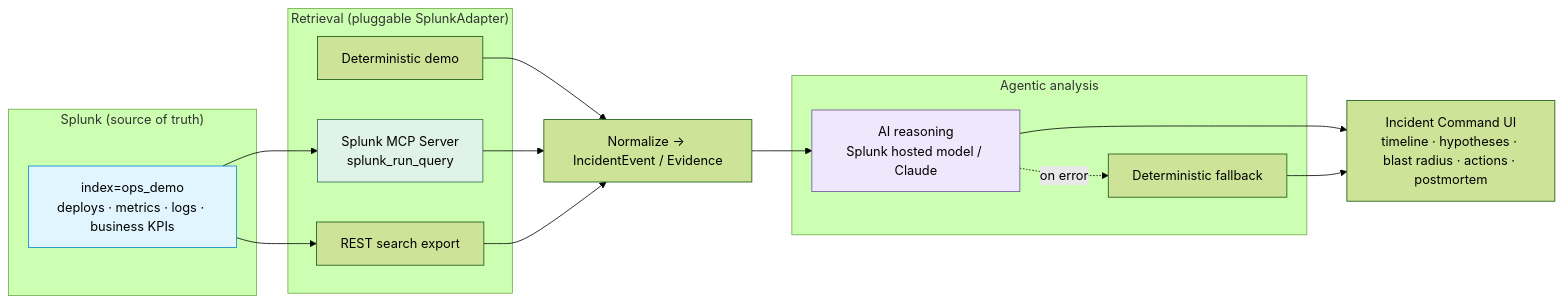
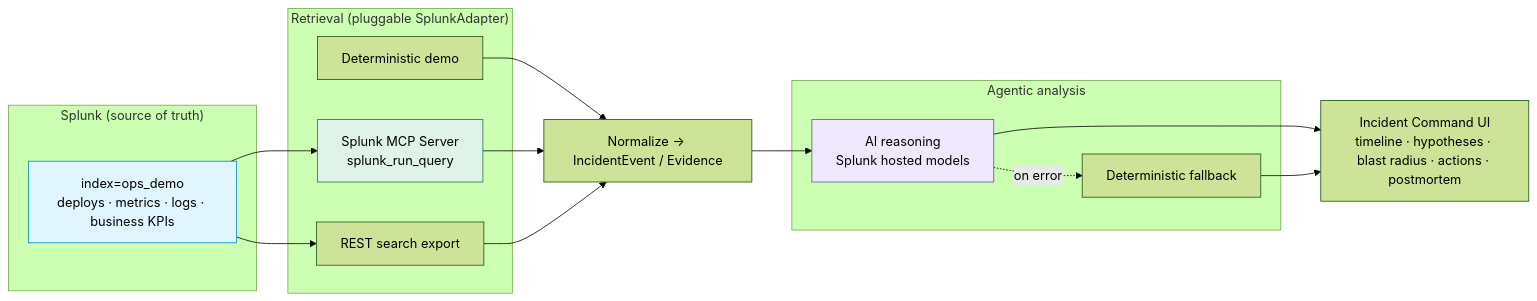
The diagram in README.md (Sai-Krishna99/splunk-ops-flight-recorder), drawn with Mermaid (forest theme) before and after one commit. The commit also changed other lines of this file and 1 other file, not shown here.

````diff
--- a/README.md
+++ b/README.md
@@ -47,30 +46,30 @@
 ```mermaid
 flowchart LR
     subgraph SP["Splunk (source of truth)"]
         IDX["index=ops_demo<br/>deploys · metrics · logs · business KPIs"]
     end
     subgraph RET["Retrieval (pluggable SplunkAdapter)"]
         MCP["Splunk MCP Server<br/>splunk_run_query"]
         REST["REST search export"]
         DEMO["Deterministic demo"]
     end
     NORM["Normalize → IncidentEvent / Evidence"]
     subgraph AGENT["Agentic analysis"]
-        AI["AI reasoning<br/>Splunk hosted model / Claude"]
+        AI["AI reasoning<br/>Splunk hosted models"]
         DET["Deterministic fallback"]
     end
     UI["Incident Command UI<br/>timeline · hypotheses · blast radius · actions · postmortem"]
 
     IDX --> MCP & REST
     DEMO --> NORM
     MCP --> NORM
     REST --> NORM
     NORM --> AI
     AI -. on error .-> DET
     AI --> UI
     DET --> UI
 
     style MCP fill:#dff3e8,stroke:#2c6e49
     style AI fill:#efe7fb,stroke:#6b4fa0
     style IDX fill:#e1f5ff,stroke:#0288d1
 ```
````
